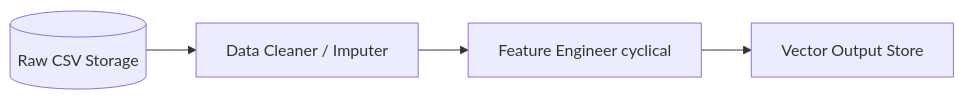
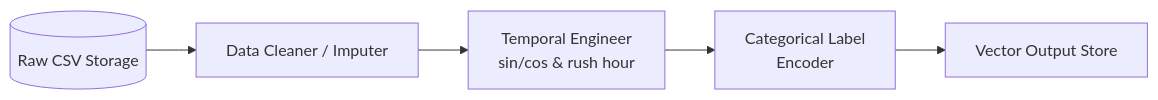
One commit to anthony-lamelas/OnTime changed the fifth of 10 diagrams in SSDS_Section_10_Draft.md. Above: the diagram before and after it, drawn with Mermaid.

Commit message:
added more

````diff
--- a/SSDS_Section_10_Draft.md
+++ b/SSDS_Section_10_Draft.md
@@ -100,6 +100,7 @@
 ```mermaid
 flowchart LR
     Raw[(Raw CSV Storage)] --> Cleaner[Data Cleaner / Imputer]
-    Cleaner --> Engineer[Feature Engineer cyclical]
-    Engineer --> Vector[Vector Output Store]
+    Cleaner --> Time[Temporal Engineer <br/> sin/cos & rush hour]
+    Time --> Encoder[Categorical Label <br/> Encoder]
+    Encoder --> Vector[Vector Output Store]
 ```
````
